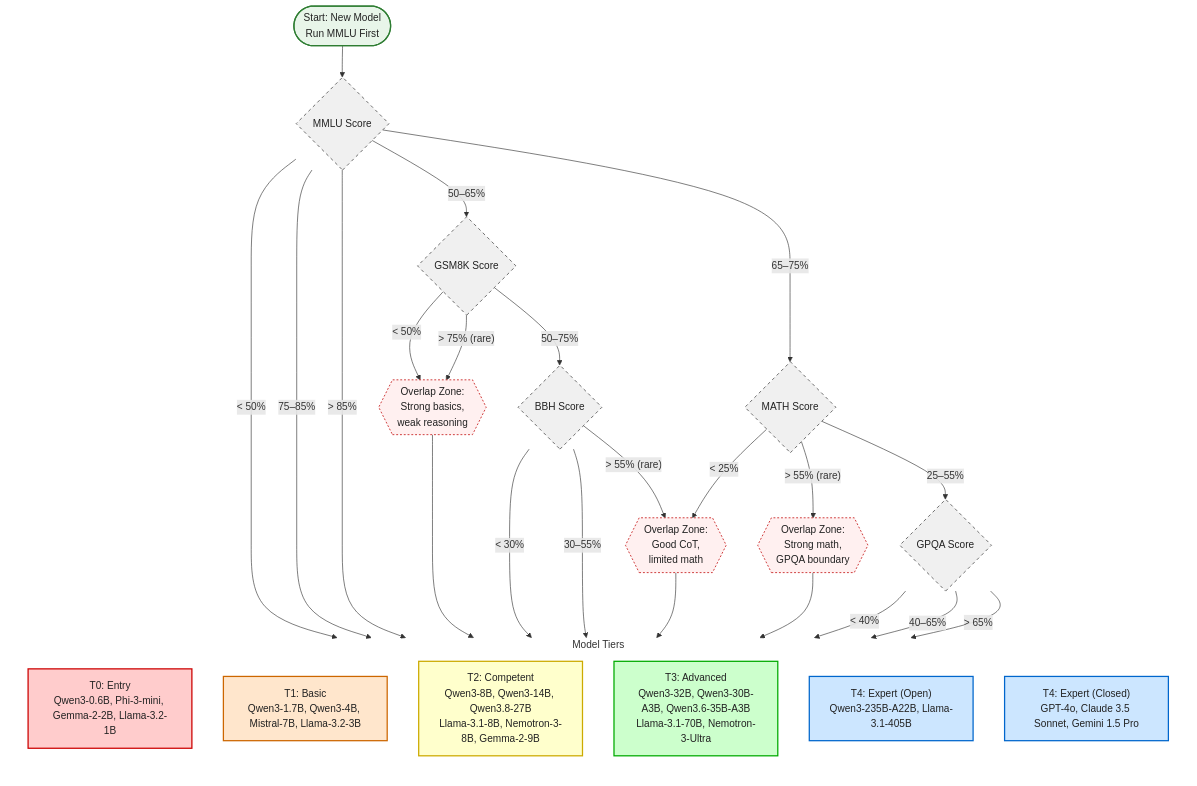
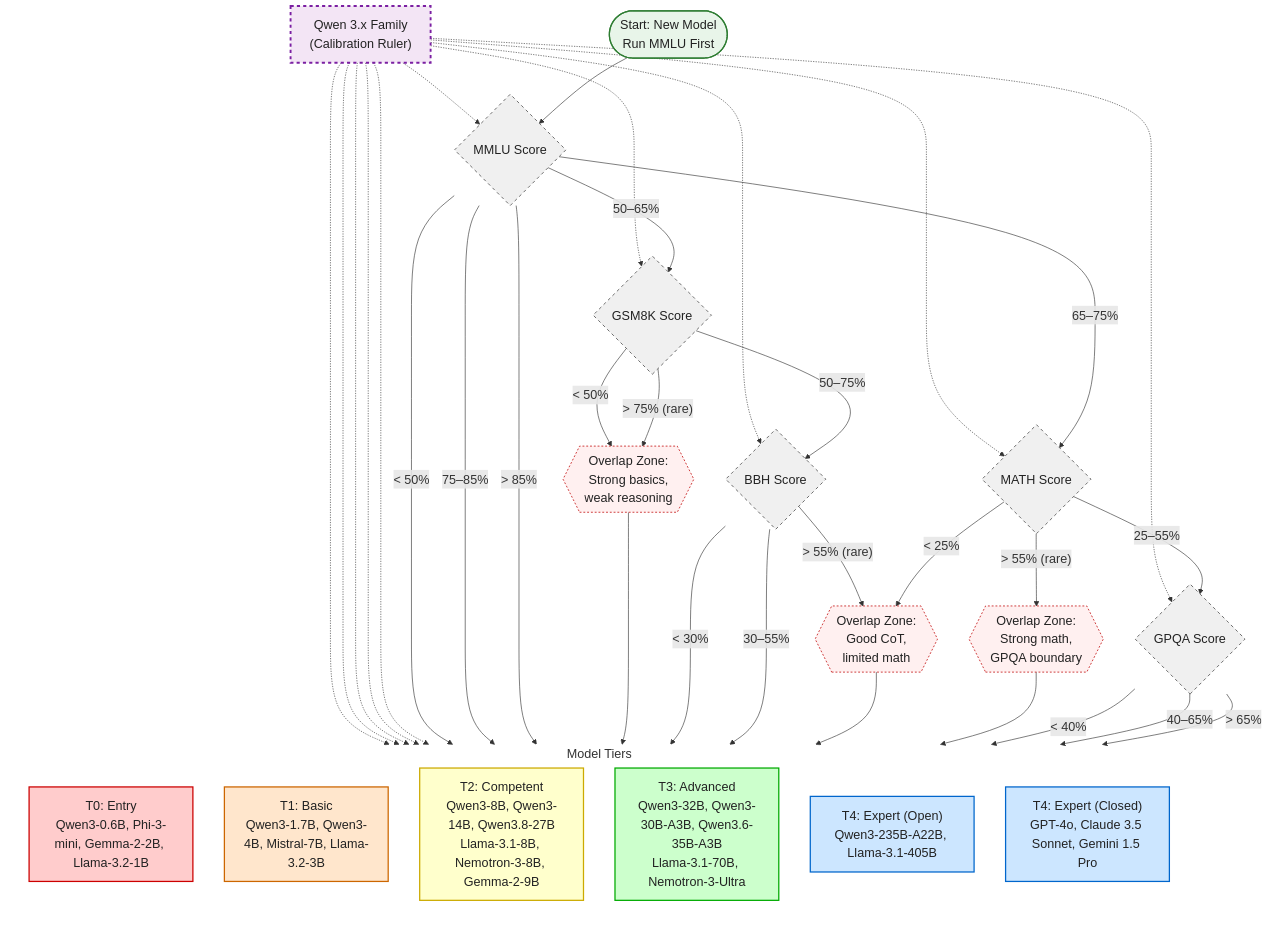
One commit to cjl4hd/engineering-flow-charts changed the first of 2 diagrams in llm-reasoning-benchmarks.md. Above: the diagram before and after it, drawn with Mermaid.

Commit message:
Add Qwen trace to Diagram 1, increase font size to 20px

````diff
--- a/llm-reasoning-benchmarks.md
+++ b/llm-reasoning-benchmarks.md
@@ -40,5 +40,5 @@
 ```mermaid
-%%{init: {'themeVariables': {'fontSize': '16px'}}}%%
+%%{init: {'themeVariables': {'fontSize': '20px'}}}%%
 flowchart TD
     %% ===== LEFT COLUMN: Decision Gates =====
     Start([Start: New Model\nRun MMLU First])
@@ -63,6 +63,19 @@
         T4open["T4: Expert (Open)\nQwen3-235B-A22B, Llama-3.1-405B"]
         T4closed["T4: Expert (Closed)\nGPT-4o, Claude 3.5 Sonnet, Gemini 1.5 Pro"]
     end
+    
+    %% ===== QWEN 3.x CALIBRATION TRACE =====
+    QwenTrace["Qwen 3.x Family\n(Calibration Ruler)"]
+    QwenTrace -.-> MMLU
+    QwenTrace -.-> GSM8K
+    QwenTrace -.-> BBH
+    QwenTrace -.-> MATH
+    QwenTrace -.-> GPQA
+    QwenTrace -.-> T0
+    QwenTrace -.-> T1
+    QwenTrace -.-> T2
+    QwenTrace -.-> T3
+    QwenTrace -.-> T4open
     
     %% ===== EDGES =====
     Start --> MMLU
@@ -96,15 +109,16 @@
     GPQA -- "> 65%" --> T4closed
     
     %% ===== STYLING =====
-    classDef tier0 fill:#ffcccc,stroke:#cc0000,stroke-width:2px,color:#222,font-size:16px;
-    classDef tier1 fill:#ffe6cc,stroke:#cc6600,stroke-width:2px,color:#222,font-size:16px;
-    classDef tier2 fill:#ffffcc,stroke:#ccaa00,stroke-width:2px,color:#222,font-size:16px;
-    classDef tier3 fill:#ccffcc,stroke:#00aa00,stroke-width:2px,color:#222,font-size:16px;
-    classDef tier4 fill:#cce6ff,stroke:#0066cc,stroke-width:2px,color:#222,font-size:16px;
-    classDef gate fill:#f0f0f0,stroke:#666,stroke-width:1.5px,stroke-dasharray: 5 5,color:#222,font-size:16px;
-    classDef overlap fill:#fff0f0,stroke:#cc3333,stroke-width:1.5px,stroke-dasharray: 3 3,color:#222,font-size:16px;
-    classDef start fill:#e8f5e9,stroke:#2e7d32,stroke-width:2px,color:#222,font-size:16px;
+    classDef tier0 fill:#ffcccc,stroke:#cc0000,stroke-width:2px,color:#222,font-size:20px;
+    classDef tier1 fill:#ffe6cc,stroke:#cc6600,stroke-width:2px,color:#222,font-size:20px;
+    classDef tier2 fill:#ffffcc,stroke:#ccaa00,stroke-width:2px,color:#222,font-size:20px;
+    classDef tier3 fill:#ccffcc,stroke:#00aa00,stroke-width:2px,color:#222,font-size:20px;
+    classDef tier4 fill:#cce6ff,stroke:#0066cc,stroke-width:2px,color:#222,font-size:20px;
+    classDef gate fill:#f0f0f0,stroke:#666,stroke-width:1.5px,stroke-dasharray: 5 5,color:#222,font-size:20px;
+    classDef overlap fill:#fff0f0,stroke:#cc3333,stroke-width:1.5px,stroke-dasharray: 3 3,color:#222,font-size:20px;
+    classDef start fill:#e8f5e9,stroke:#2e7d32,stroke-width:2px,color:#222,font-size:20px;
     classDef tierBox fill:none,stroke:none;
+    classDef trace fill:#f3e5f5,stroke:#7b1fa2,stroke-width:3px,stroke-dasharray: 5 5,color:#222,font-size:20px;
     
     class T0 tier0;
     class T1 tier1;
@@ -115,4 +129,5 @@
     class Overlap1,Overlap2,Overlap3 overlap;
     class Start start;
     class TIERS tierBox;
+    class QwenTrace trace;
 ```
````
